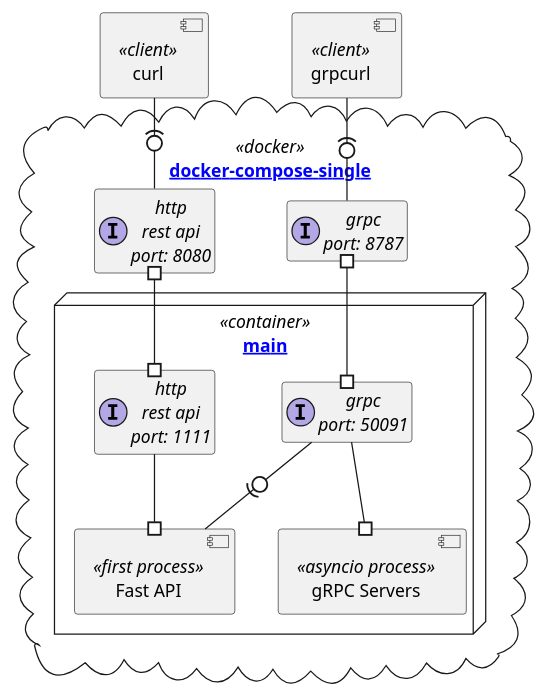
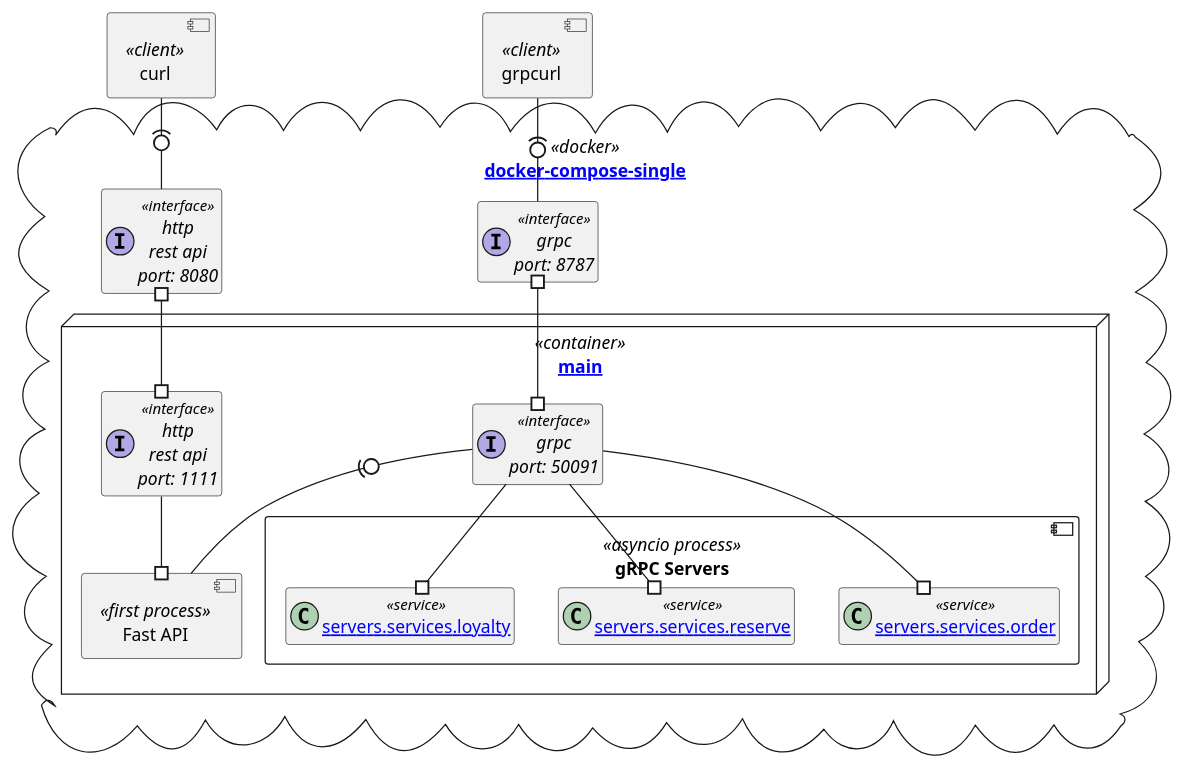
One commit to arootcom/grpc-fastapi changed the diagram in adr/day1/deploy-singl.puml. Above: the diagram before and after it, drawn with PlantUML. The commit also changed 1 other file, not shown here.

```diff
--- a/adr/day1/deploy-singl.puml
+++ b/adr/day1/deploy-singl.puml
@@ -1,44 +1,50 @@
 @startuml
 
 '!theme plain
 'skinparam {
 '  shadowing false
 '  nodesep 50
 '  ranksep 100
 '  linetype ortho
 '}
 
 hide empty members
+allowmixing
 
 component curl <<client>> {
 }
 
 component grpcurl <<client>> {
 }
 
 cloud docker as "[[https://github.com/arootcom/grpc-fastapi/blob/day1/docker-compose-singl.yaml docker-compose-single]]" <<docker>> {
-    interface local_http as "http\nrest api\nport: 8080"
+    interface local_http as "http\nrest api\nport: 8080" <<interface>>
     curl -(0- local_http
 
-    interface local_grpc as "grpc\nport: 8787" 
+    interface local_grpc as "grpc\nport: 8787" <<interface>>
     grpcurl -(0- local_grpc
 
     node main as "[[https://github.com/arootcom/grpc-fastapi/blob/day1/app/main.py main]]" <<container>> {
-        interface http as "http\nrest api\nport: 1111"
+        interface http as "http\nrest api\nport: 1111" <<interface>>
         local_http #--# http
 
-        interface grpc as "grpc\nport: 50091"
+        interface grpc as "grpc\nport: 50091" <<interface>>
         local_grpc #--# grpc 
 
         component api as "Fast API" <<first process>> {
         }
         http --# api
 
         component server as "gRPC Servers" <<asyncio process>> {
+            class orders as "[[https://github.com/arootcom/grpc-fastapi/blob/day1/app/servers/services/order.py servers.services.order]]" <<service>>
+            class reserve as "[[https://github.com/arootcom/grpc-fastapi/blob/day1/app/servers/services/reserve.py servers.services.reserve]]" <<service>>
+            class loyalty as "[[https://github.com/arootcom/grpc-fastapi/blob/day1/app/servers/services/loyalty.py servers.services.loyalty]]" <<service>>
         }
-        grpc --# server
+        grpc --# orders
+        grpc --# reserve
+        grpc --# loyalty
         grpc -0)- api
     }
 }
 
 @enduml
```
